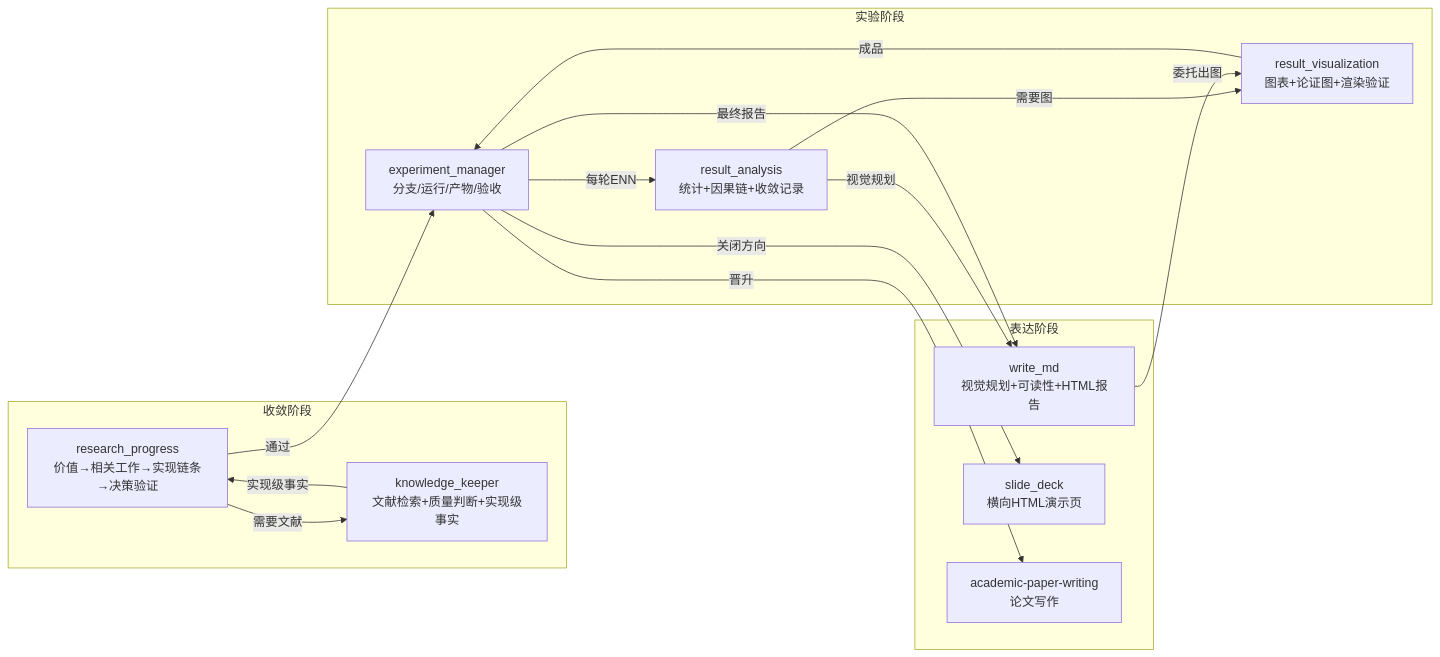
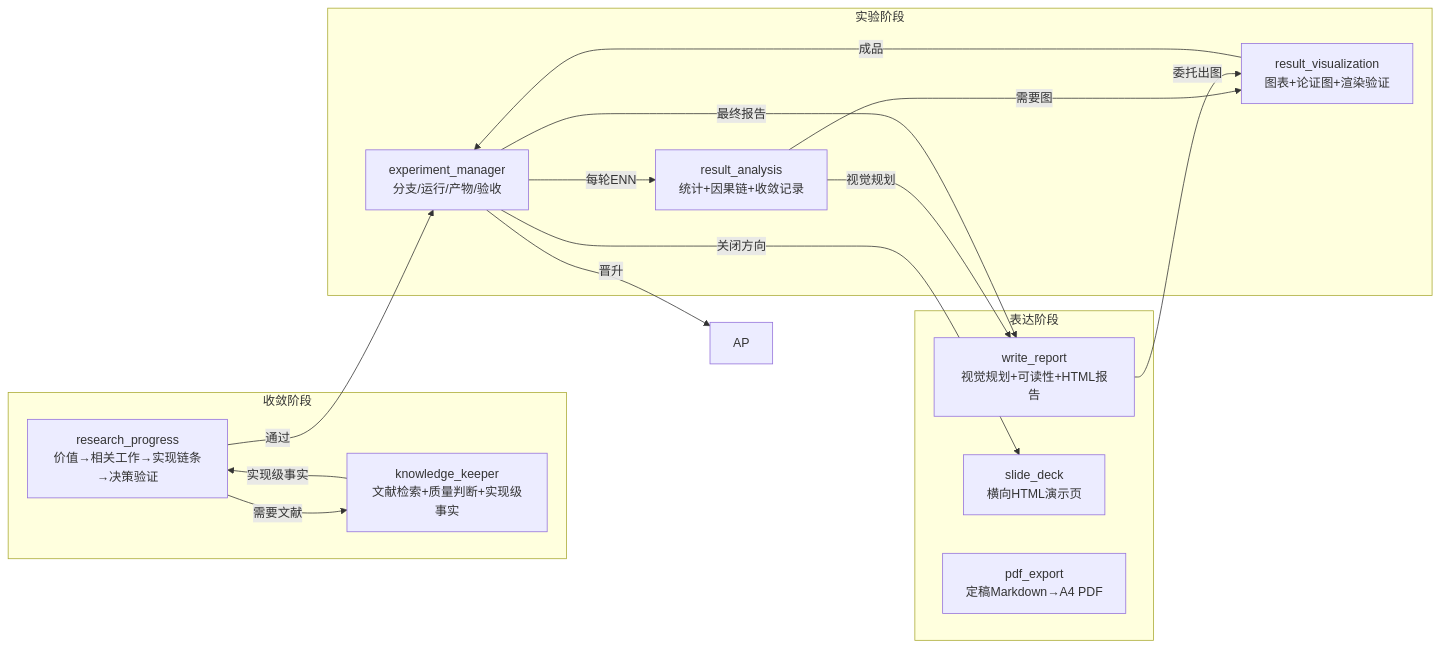
Before and after one commit to WissingChen/my_code_config: the diagram in README.md, drawn with Mermaid. The commit also changed other lines of this file and 23 other files, not shown here.

Commit message:
feat(skills): 技能组 v1.2.0 — write_md 改名 write_report 并强化可读性，research_manager 加清理与元目录迁移，新增 pdf_export

````diff
--- a/README.md
+++ b/README.md
@@ -15,31 +15,31 @@
 ```mermaid
 flowchart LR
     subgraph 收敛阶段
         RP[research_progress<br/>价值→相关工作→实现链条→决策验证]
         KK[knowledge_keeper<br/>文献检索+质量判断+实现级事实]
     end
 
     subgraph 实验阶段
         EM[experiment_manager<br/>分支/运行/产物/验收]
         RA[result_analysis<br/>统计+因果链+收敛记录]
         RV[result_visualization<br/>图表+论证图+渲染验证]
     end
 
     subgraph 表达阶段
-        WM[write_md<br/>视觉规划+可读性+HTML报告]
+        WM[write_report<br/>视觉规划+可读性+HTML报告]
         SD[slide_deck<br/>横向HTML演示页]
-        AP[academic-paper-writing<br/>论文写作]
+        PE[pdf_export<br/>定稿Markdown→A4 PDF]
     end
 
     RP -->|通过| EM
     RP -->|需要文献| KK
     KK -->|实现级事实| RP
     EM -->|每轮ENN| RA
     RA -->|需要图| RV
     RA -->|视觉规划| WM
     WM -->|委托出图| RV
     RV -->|成品| EM
     EM -->|最终报告| WM
     EM -->|关闭方向| SD
     EM -->|晋升| AP
 ```
````
